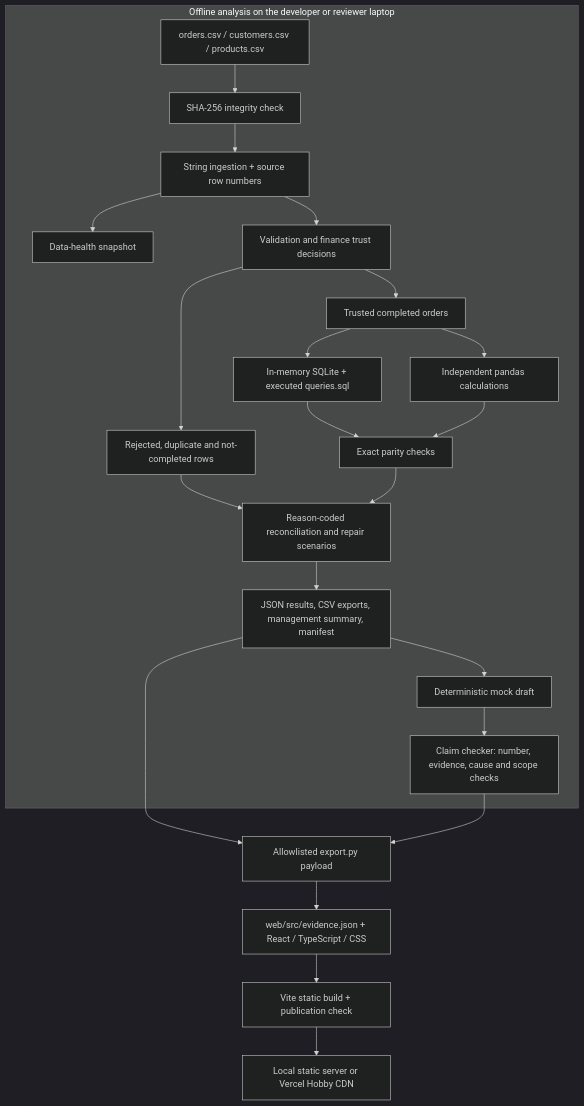
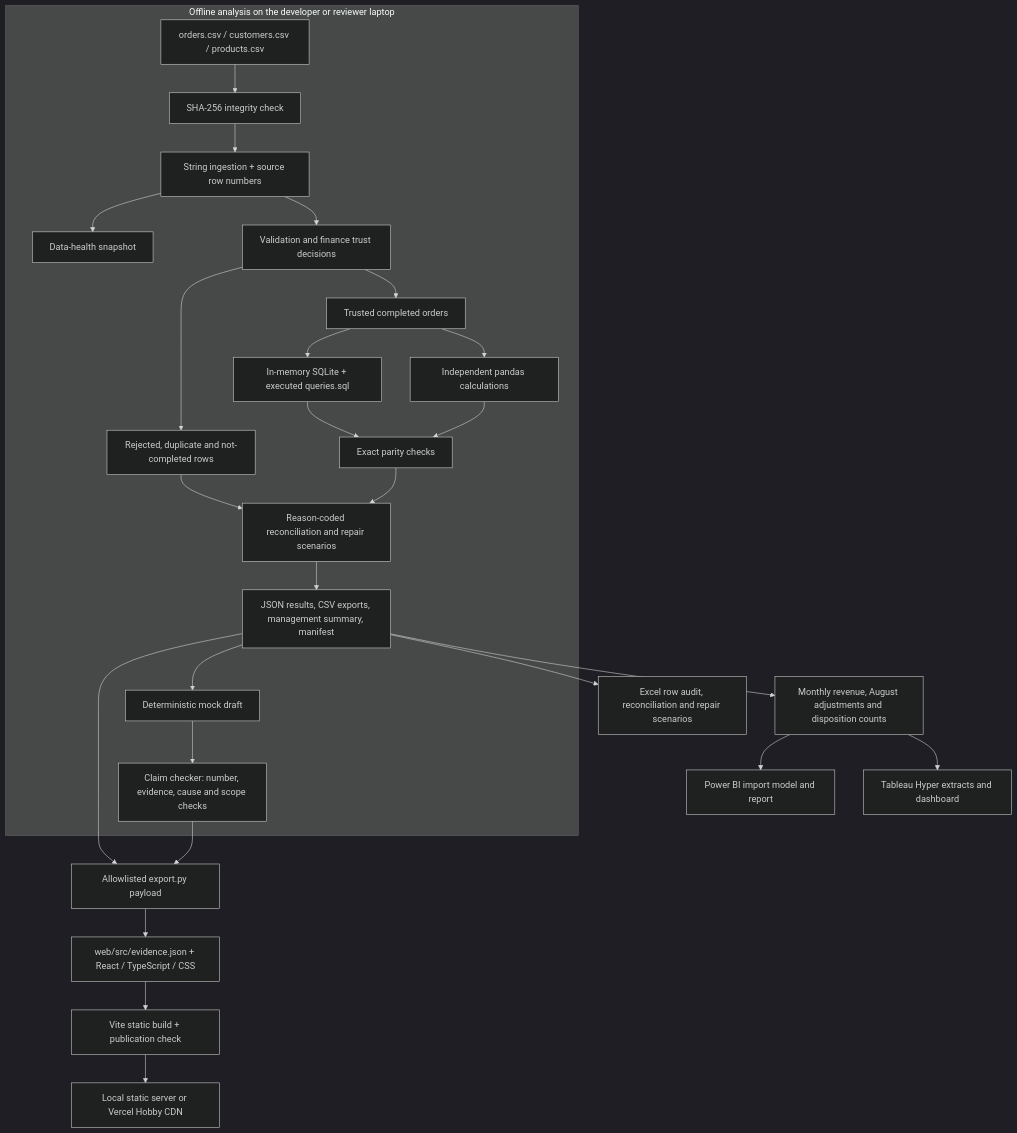
Before and after one commit to tulasiram2005/evidence-room: the first of 2 diagrams in docs/ARCHITECTURE.md, drawn with Mermaid (dark theme). The commit also changed other lines of this file and 2 other files, not shown here.

Commit message:
Document BI data flows, snapshot refresh and release verification

````diff
--- a/docs/ARCHITECTURE.md
+++ b/docs/ARCHITECTURE.md
@@ -9,25 +9,29 @@
 ```mermaid
 flowchart TB
     subgraph Offline[Offline analysis on the developer or reviewer laptop]
         Raw["orders.csv / customers.csv / products.csv"] --> Integrity["SHA-256 integrity check"]
         Integrity --> Ingest["String ingestion + source row numbers"]
         Ingest --> Profile["Data-health snapshot"]
         Ingest --> Rules["Validation and finance trust decisions"]
         Rules --> Clean["Trusted completed orders"]
         Rules --> Excluded["Rejected, duplicate and not-completed rows"]
         Clean --> SQL["In-memory SQLite + executed queries.sql"]
         Clean --> Pandas["Independent pandas calculations"]
         SQL --> Parity["Exact parity checks"]
         Pandas --> Parity
         Excluded --> Reconcile["Reason-coded reconciliation and repair scenarios"]
         Parity --> Reconcile
         Reconcile --> Results["JSON results, CSV exports, management summary, manifest"]
         Results --> Mock["Deterministic mock draft"]
         Mock --> Verify["Claim checker: number, evidence, cause and scope checks"]
     end
+    Results --> Metrics["Monthly revenue, August adjustments and disposition counts"]
+    Metrics --> PowerBI["Power BI import model and report"]
+    Metrics --> Tableau["Tableau Hyper extracts and dashboard"]
+    Results --> Audit["Excel row audit, reconciliation and repair scenarios"]
     Results --> Export["Allowlisted export.py payload"]
     Verify --> Export
     Export --> Bundle["web/src/evidence.json + React / TypeScript / CSS"]
     Bundle --> Build["Vite static build + publication check"]
     Build --> Browser["Local static server or Vercel Hobby CDN"]
 ```
````
